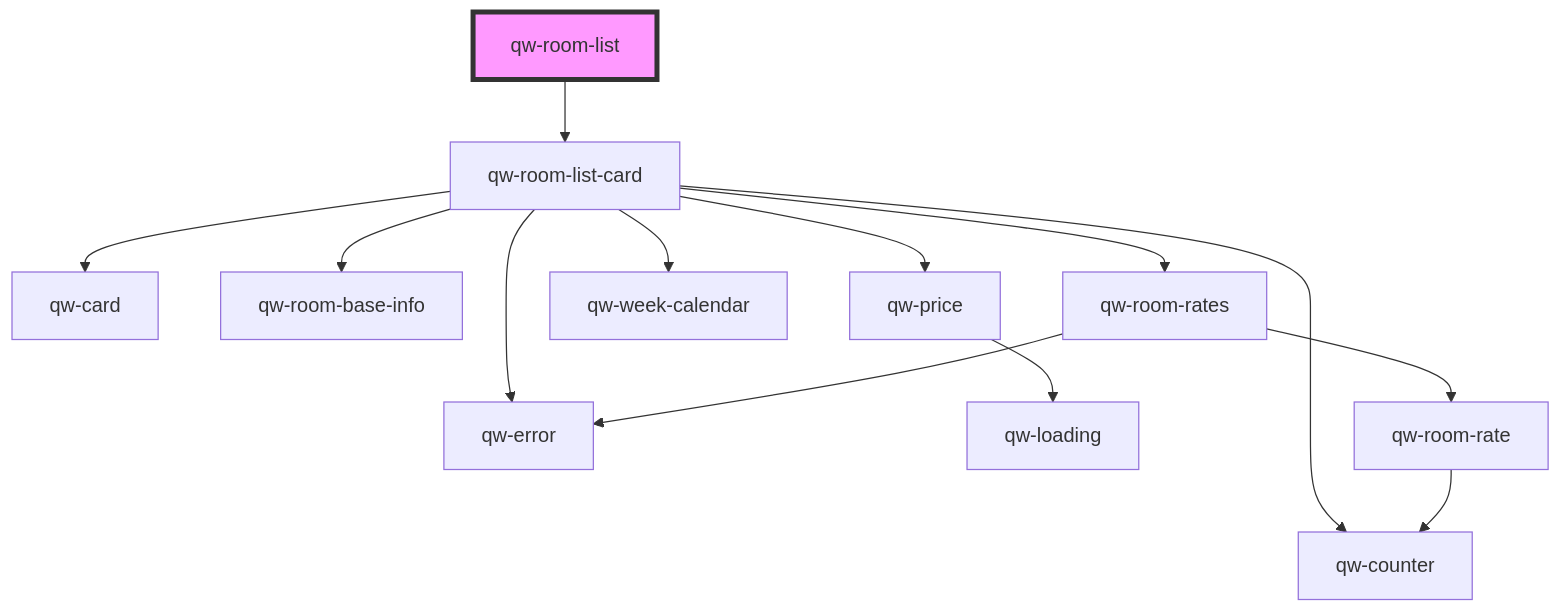
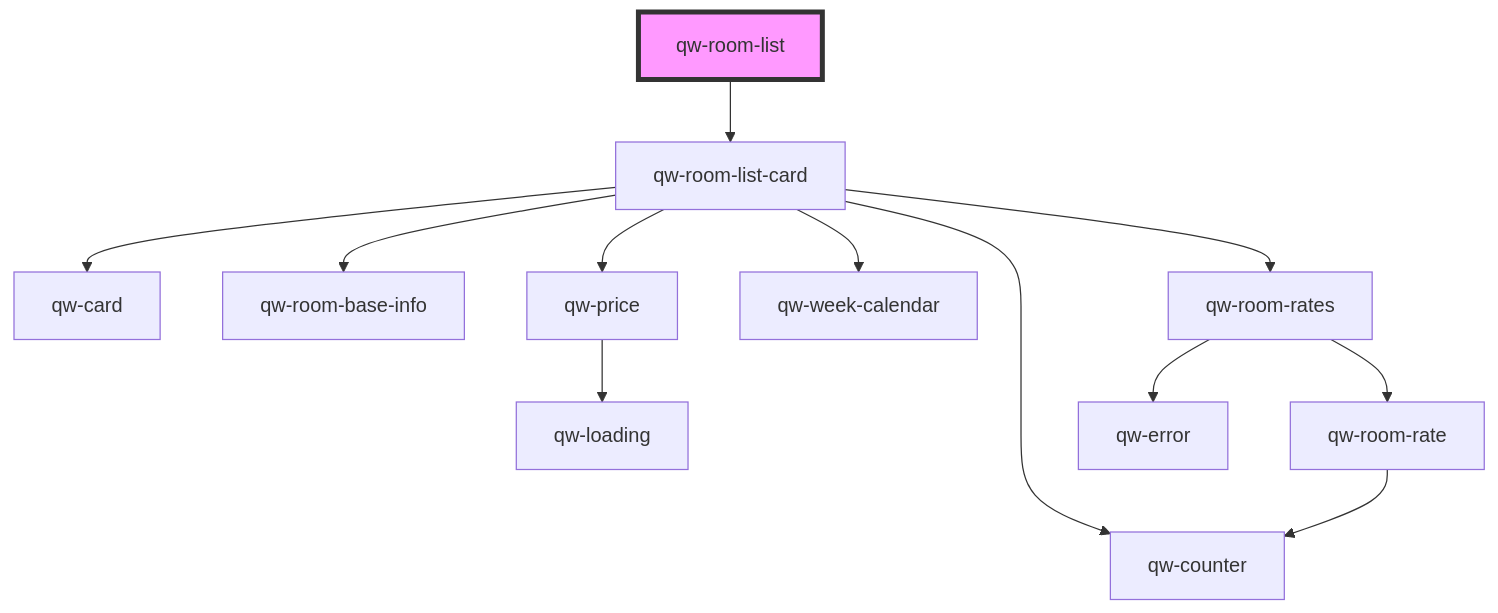
The diagram in src/components/qw-room-list/readme.md (qwentes-team/qw-hotels), drawn with Mermaid before and after one commit. The commit also changed 5 other files, not shown here.

Commit message:
feat(room-list): removed error and leaved only in rates component

````diff
--- a/src/components/qw-room-list/readme.md
+++ b/src/components/qw-room-list/readme.md
@@ -34,16 +34,15 @@
 ```mermaid
 graph TD;
   qw-room-list --> qw-room-list-card
-  qw-room-list-card --> qw-error
   qw-room-list-card --> qw-card
   qw-room-list-card --> qw-room-base-info
   qw-room-list-card --> qw-price
   qw-room-list-card --> qw-week-calendar
   qw-room-list-card --> qw-room-rates
   qw-room-list-card --> qw-counter
   qw-price --> qw-loading
   qw-room-rates --> qw-room-rate
   qw-room-rates --> qw-error
   qw-room-rate --> qw-counter
   style qw-room-list fill:#f9f,stroke:#333,stroke-width:4px
 ```
````
